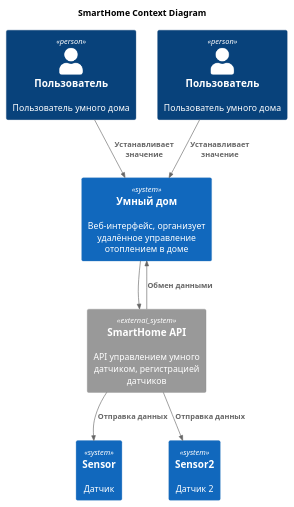
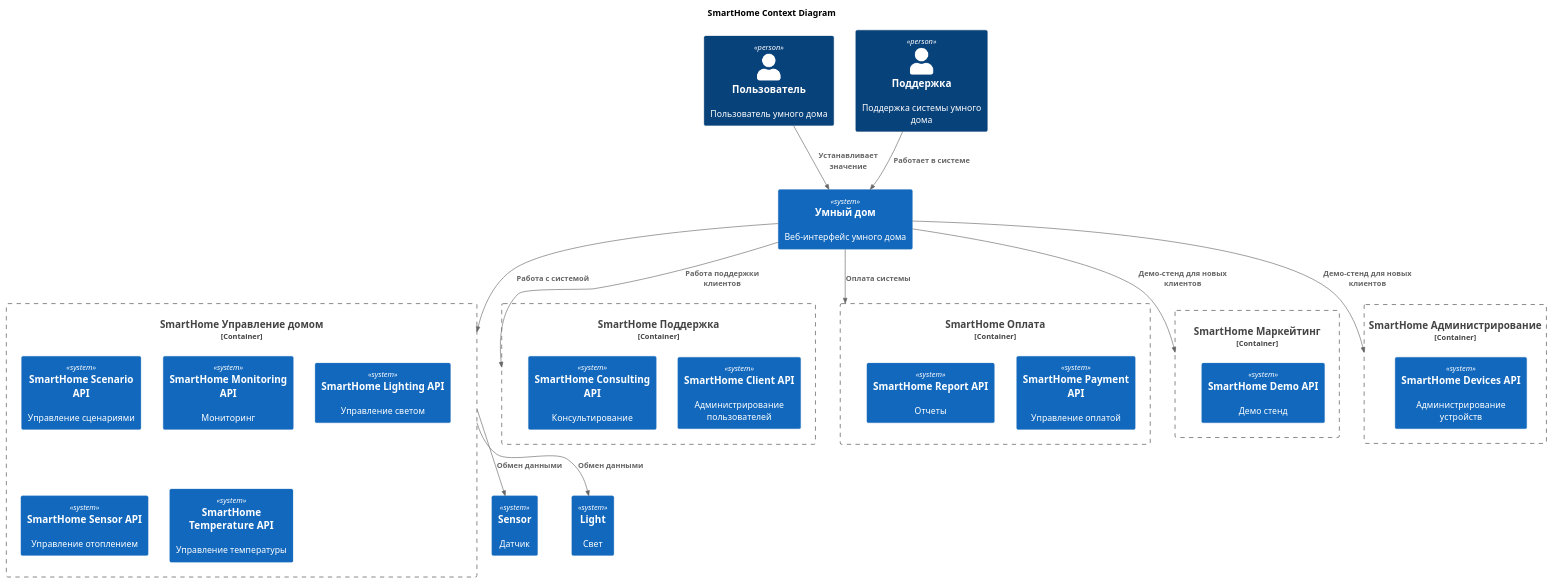
The diagram in diagrams/context/Context.puml (PuryginKE/architecture-warmhouse), drawn with PlantUML before and after one commit. The commit also changed 6 other files, not shown here.

```diff
--- a/diagrams/context/Context.puml
+++ b/diagrams/context/Context.puml
@@ -1,24 +1,53 @@
 @startuml
 title SmartHome Context Diagram
 
 top to bottom direction
 
 !includeurl https://raw.githubusercontent.com/RicardoNiepel/C4-PlantUML/master/C4_Component.puml
 
 Person(user, "Пользователь", "Пользователь умного дома")
-Person(user2, "Пользователь", "Пользователь умного дома")
+Person(admin, "Поддержка", "Поддержка системы умного дома")
 
 System(sensor, "Sensor", "Датчик")
-System(sensor2, "Sensor2", "Датчик 2")
-System(SmartHomeSystem, "Умный дом", "Веб-интерфейс, организует удалённое управление отоплением в доме")
+System(light, "Light", "Свет")
+System(SmartHomeSystem, "Умный дом", "Веб-интерфейс умного дома")
 
-System_Ext(api, "SmartHome API", "API управлением умного датчиком, регистрацией датчиков")
+Container_Boundary(SmartHomeControlSystem, "SmartHome Управление домом") { 
+  System(scenarioApi, "SmartHome Scenario API", "Управление сценариями")
+  System(monitoringApi, "SmartHome Monitoring API", "Мониторинг")
+  System(lightingApi, "SmartHome Lighting API", "Управление светом")
+  System(sensorApi, "SmartHome Sensor API", "Управление отоплением")
+  System(tepmeratureApi, "SmartHome Temperature API", "Управление температуры")
+}
+
+Container_Boundary(SmartHomeSupplierSystem, "SmartHome Поддержка") { 
+  System(clientApi, "SmartHome Client API", "Администрирование пользователей")
+  System(consultingApi, "SmartHome Consulting API", "Консультирование")
+}
+
+Container_Boundary(SmartHomePaymentSystem, "SmartHome Оплата") { 
+  System(paymentApi, "SmartHome Payment API", "Управление оплатой")
+  System(reportApi, "SmartHome Report API", "Отчеты")
+}
+
+Container_Boundary(SmartHomeMarketingSystem, "SmartHome Маркейтинг") { 
+  System(demoApi, "SmartHome Demo API", "Демо стенд")
+}
+
+Container_Boundary(SmartHomeDeviceSystem, "SmartHome Администрирование") { 
+  System(devicesApi, "SmartHome Devices API", "Администрирование устройств")
+}
 
 Rel(user, SmartHomeSystem, "Устанавливает значение")
-Rel(user2, SmartHomeSystem, "Устанавливает значение")
-Rel(SmartHomeSystem,api,"")
-Rel(api,SmartHomeSystem,"Обмен данными")
-Rel(api,sensor,"Отправка данных")
-Rel(api,sensor2,"Отправка данных")
+Rel(admin, SmartHomeSystem, "Работает в системе")
+
+Rel(SmartHomeSystem,SmartHomeControlSystem,"Работа с системой")
+Rel(SmartHomeSystem,SmartHomeSupplierSystem,"Работа поддержки клиентов")
+Rel(SmartHomeSystem,SmartHomePaymentSystem,"Оплата системы")
+Rel(SmartHomeSystem,SmartHomeMarketingSystem,"Демо-стенд для новых клиентов")
+Rel(SmartHomeSystem,SmartHomeDeviceSystem,"Демо-стенд для новых клиентов")
+
+Rel(SmartHomeControlSystem,sensor,"Обмен данными")
+Rel(SmartHomeControlSystem,light,"Обмен данными")
 
 @enduml
```
